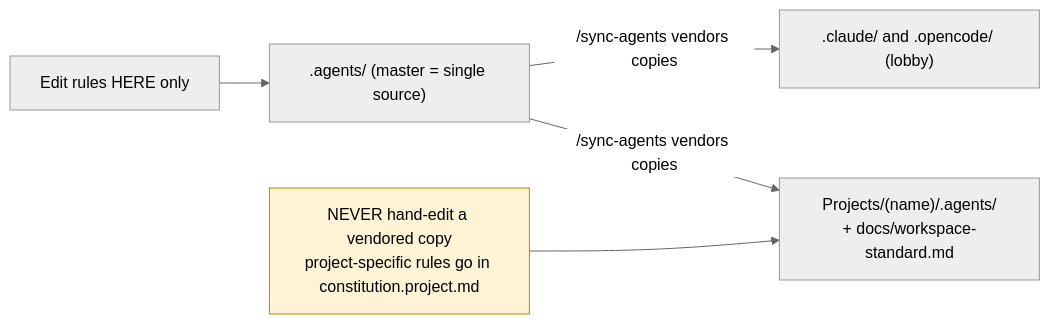
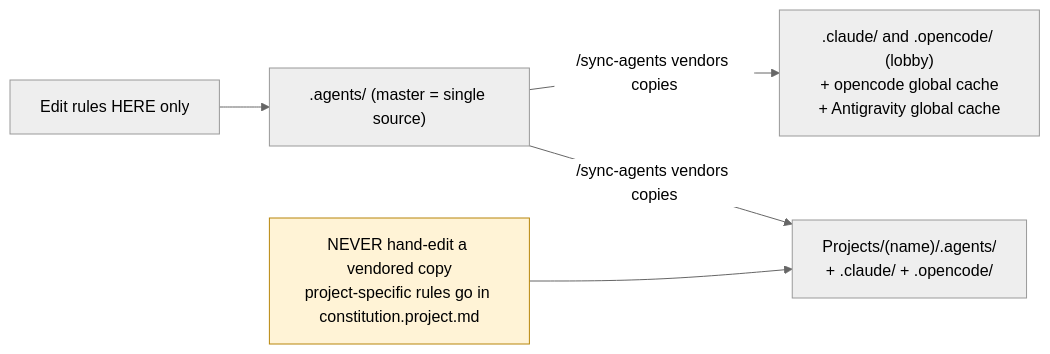
Before and after one commit to sudomadhatter/Sudo_Hatter_Command: the fourth of 6 diagrams in _my_resources/diagrams_guides/system/file_folder_structure+maintaining.md, drawn with Mermaid (neutral theme). The commit also changed other lines of this file, not shown here.

````diff
--- a/_my_resources/diagrams_guides/system/file_folder_structure+maintaining.md
+++ b/_my_resources/diagrams_guides/system/file_folder_structure+maintaining.md
@@ -82,10 +141,10 @@
 ```mermaid
 flowchart LR
     EDIT["Edit rules HERE only"] --> SRC[".agents/ (master = single source)"]
-    SRC -->|"/sync-agents vendors copies"| LOBBY[".claude/ and .opencode/ (lobby)"]
-    SRC -->|"/sync-agents vendors copies"| PROJ["Projects/(name)/.agents/\n+ docs/workspace-standard.md"]
+    SRC -->|"/sync-agents vendors copies"| LOBBY[".claude/ and .opencode/ (lobby)\n+ opencode global cache\n+ Antigravity global cache"]
+    SRC -->|"/sync-agents vendors copies"| PROJ["Projects/(name)/.agents/\n+ .claude/ + .opencode/"]
     NEVER["NEVER hand-edit a vendored copy\nproject-specific rules go in constitution.project.md"] --> PROJ
 
     classDef warn fill:#fff3d6,stroke:#b8860b,color:#000
     class NEVER warn
 ```
````
